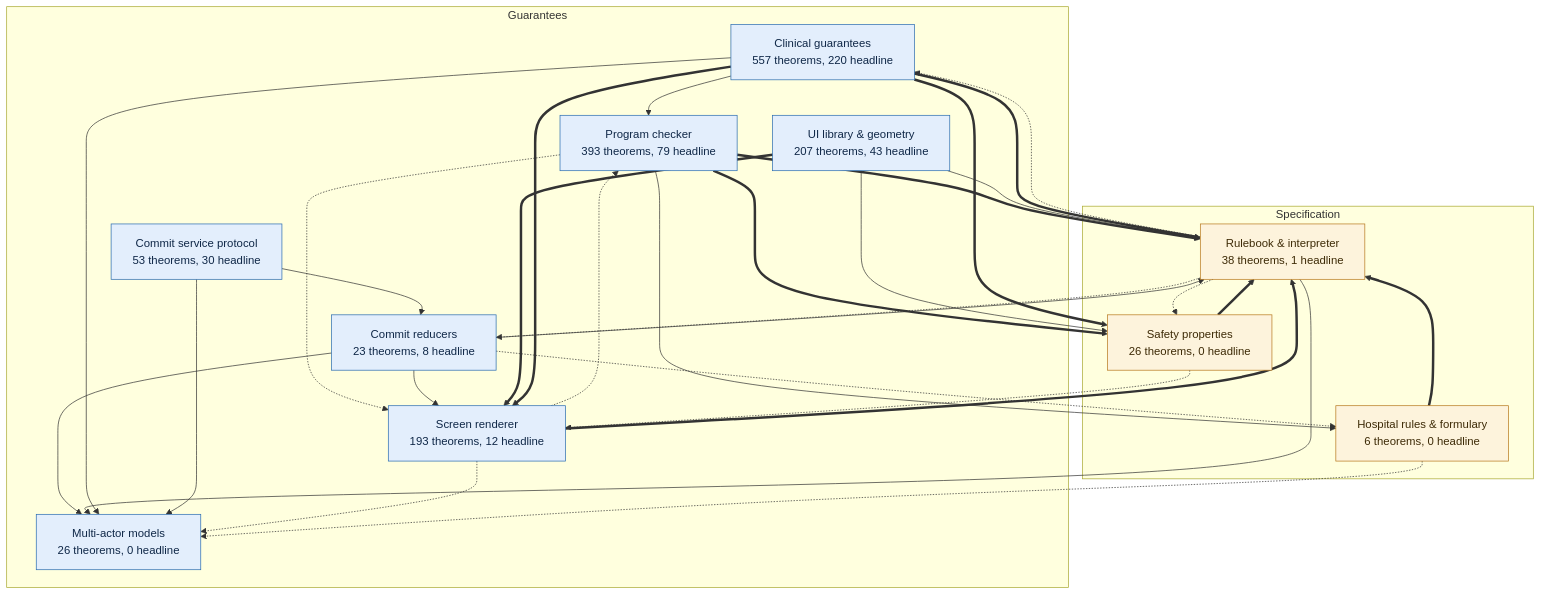
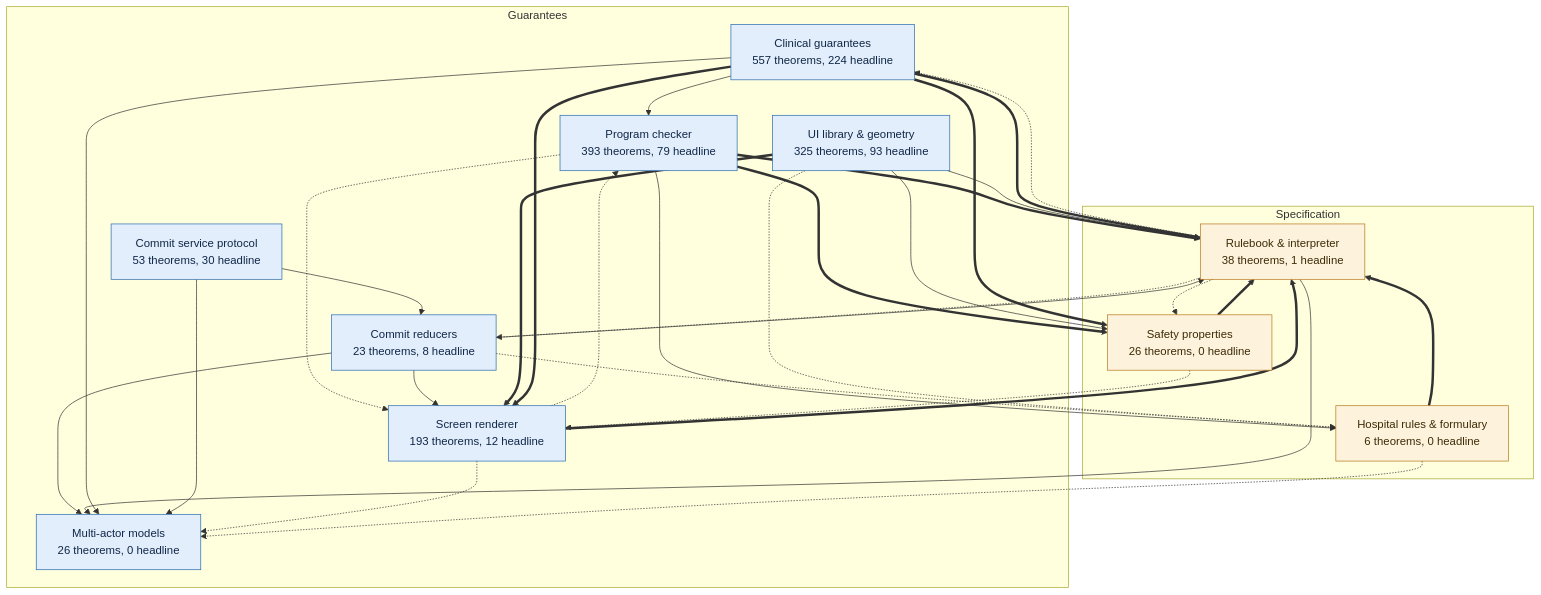
One commit to saithat/VGI-Health changed the first of 10 diagrams in docs/proof-map.md. Above: the diagram before and after it, drawn with Mermaid. The commit also changed other lines of this file, not shown here.

Commit message:
Regenerate the proof map for the board, cut-over and sign-out theorems

````diff
--- a/docs/proof-map.md
+++ b/docs/proof-map.md
@@ -15,48 +15,49 @@
 ```mermaid
 flowchart TB
   subgraph guar_g["Guarantees"]
-    proofs["Clinical guarantees<br/>557 theorems, 220 headline"]:::guar
+    proofs["Clinical guarantees<br/>557 theorems, 224 headline"]:::guar
     check["Program checker<br/>393 theorems, 79 headline"]:::guar
     render["Screen renderer<br/>193 theorems, 12 headline"]:::guar
-    layout["UI library &amp; geometry<br/>207 theorems, 43 headline"]:::guar
+    layout["UI library &amp; geometry<br/>325 theorems, 93 headline"]:::guar
     commit["Commit reducers<br/>23 theorems, 8 headline"]:::guar
     protocol["Commit service protocol<br/>53 theorems, 30 headline"]:::guar
     multi["Multi-actor models<br/>26 theorems, 0 headline"]:::guar
   end
   subgraph spec_g["Specification"]
     core["Rulebook &amp; interpreter<br/>38 theorems, 1 headline"]:::spec
     props["Safety properties<br/>26 theorems, 0 headline"]:::spec
     specs["Hospital rules &amp; formulary<br/>6 theorems, 0 headline"]:::spec
   end
   check ==> core
   check ==> props
   check -.-> render
   check --> specs
   commit --> core
   commit --> multi
   commit --> render
   commit -.-> specs
   core -.-> commit
   core --> multi
   core -.-> proofs
   core -.-> props
   layout --> core
   layout --> props
   layout ==> render
+  layout -.-> specs
   proofs --> check
   proofs ==> core
   proofs --> multi
   proofs ==> props
   proofs ==> render
   props ==> core
   props -.-> render
   protocol --> commit
   protocol --> multi
   render -.-> check
   render ==> core
   render -.-> multi
   specs ==> core
   specs -.-> multi
   classDef spec fill:#fdf3dc,stroke:#b7791f,color:#3d2a06
   classDef guar fill:#e3eefc,stroke:#2b6cb0,color:#0f2747
 ```
````
